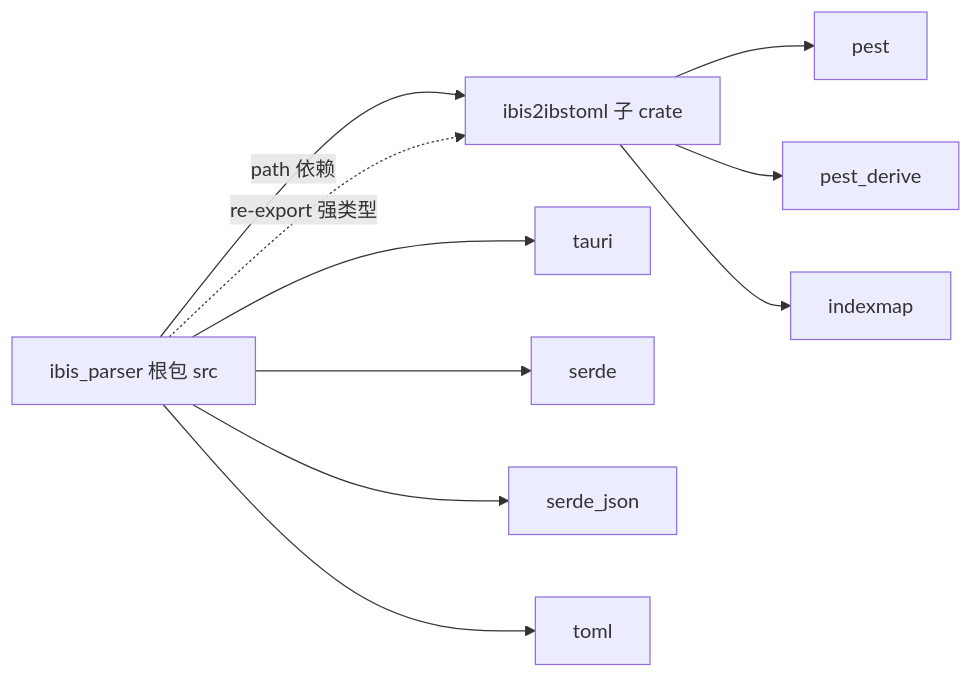
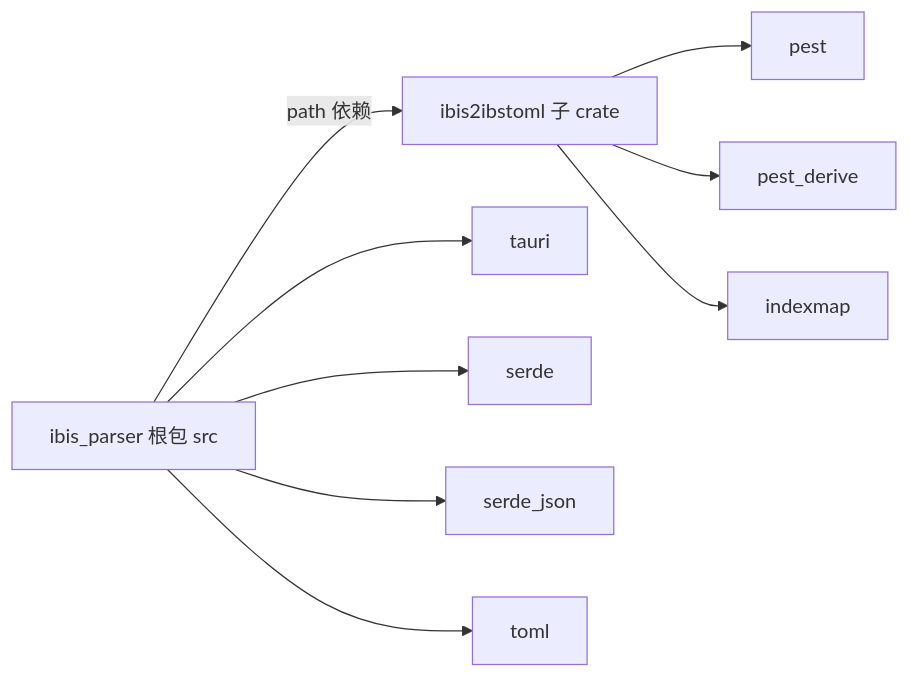
One commit to ykjoe/IBIS_Parser changed the second of 6 diagrams in plans/ibis2ibstoml_architecture.md. Above: the diagram before and after it, drawn with Mermaid. The commit also changed other lines of this file and 36 other files, not shown here.

````diff
--- a/plans/ibis2ibstoml_architecture.md
+++ b/plans/ibis2ibstoml_architecture.md
@@ -92,12 +99,11 @@
 ```mermaid
 graph LR
     ROOT[ibis_parser 根包 src] -->|path 依赖| C2T[ibis2ibstoml 子 crate]
-    ROOT -. re-export 强类型 .-> C2T
     C2T --> P[pest]
     C2T --> PD[pest_derive]
     C2T --> IM[indexmap]
     ROOT --> T[tauri]
     ROOT --> S[serde]
     ROOT --> SJ[serde_json]
     ROOT --> TM[toml]
 ```
````
